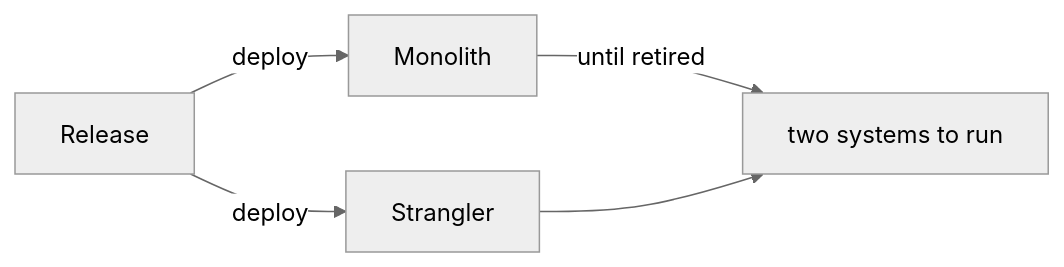
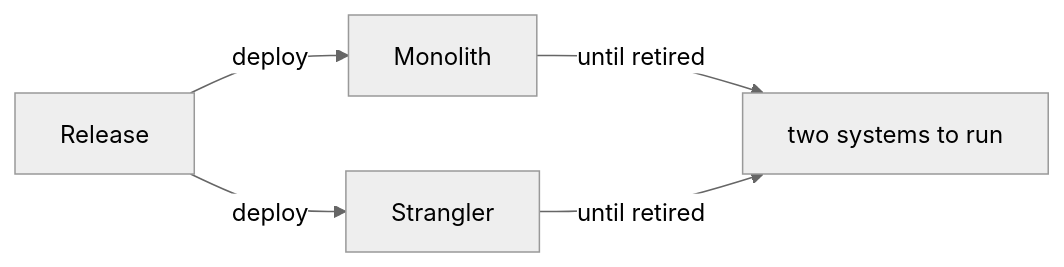
Diagram 11 of 12 in docs/ch44-strangler-application.md (vinayakuber/microservices-io-study-guide), drawn with Mermaid (neutral theme) before and after one commit. The commit also changed other lines of this file and 71 other files, not shown here.

First line of the commit message:
R18: label every diagram arrow with its meaning

````diff
--- a/docs/ch44-strangler-application.md
+++ b/docs/ch44-strangler-application.md
@@ -359,7 +359,7 @@
 ```mermaid
 flowchart LR
   RELEASE["Release"] -->|"deploy"| MONO["Monolith"]
   RELEASE -->|"deploy"| NEW["Strangler"]
   MONO -->|"until retired"| COST["two systems to run"]
-  NEW --> COST
+  NEW -->|"until retired"| COST
 ```
````
